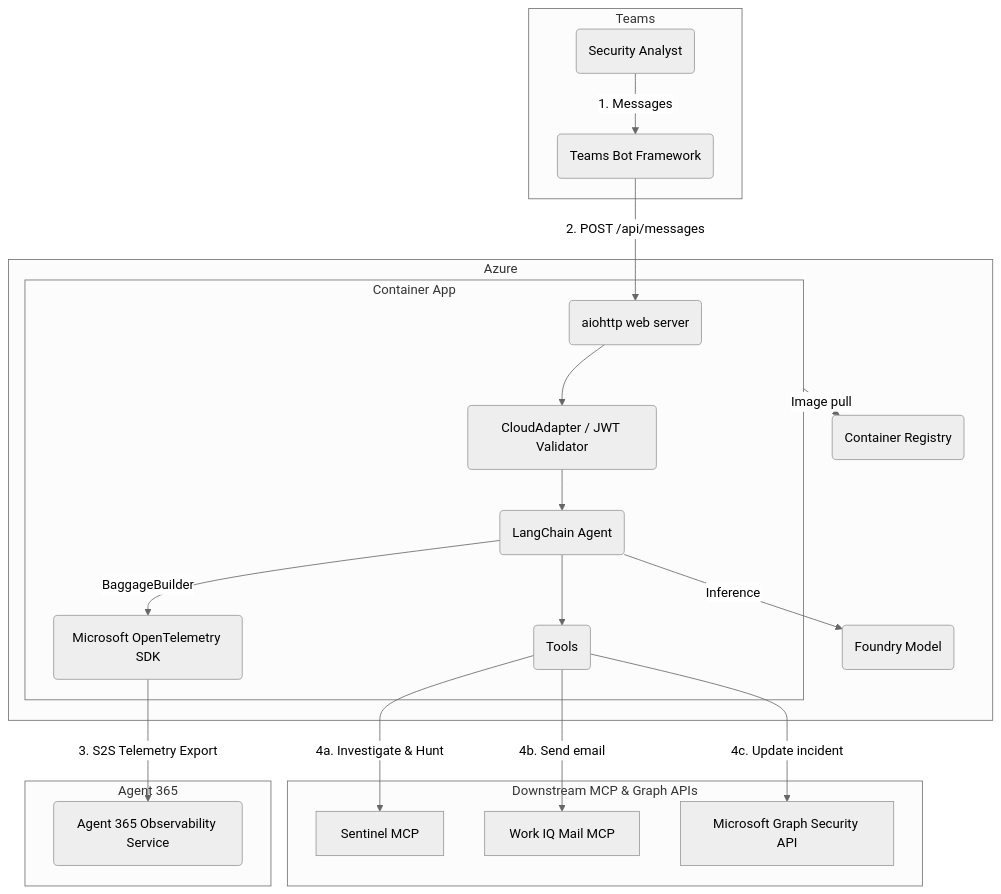
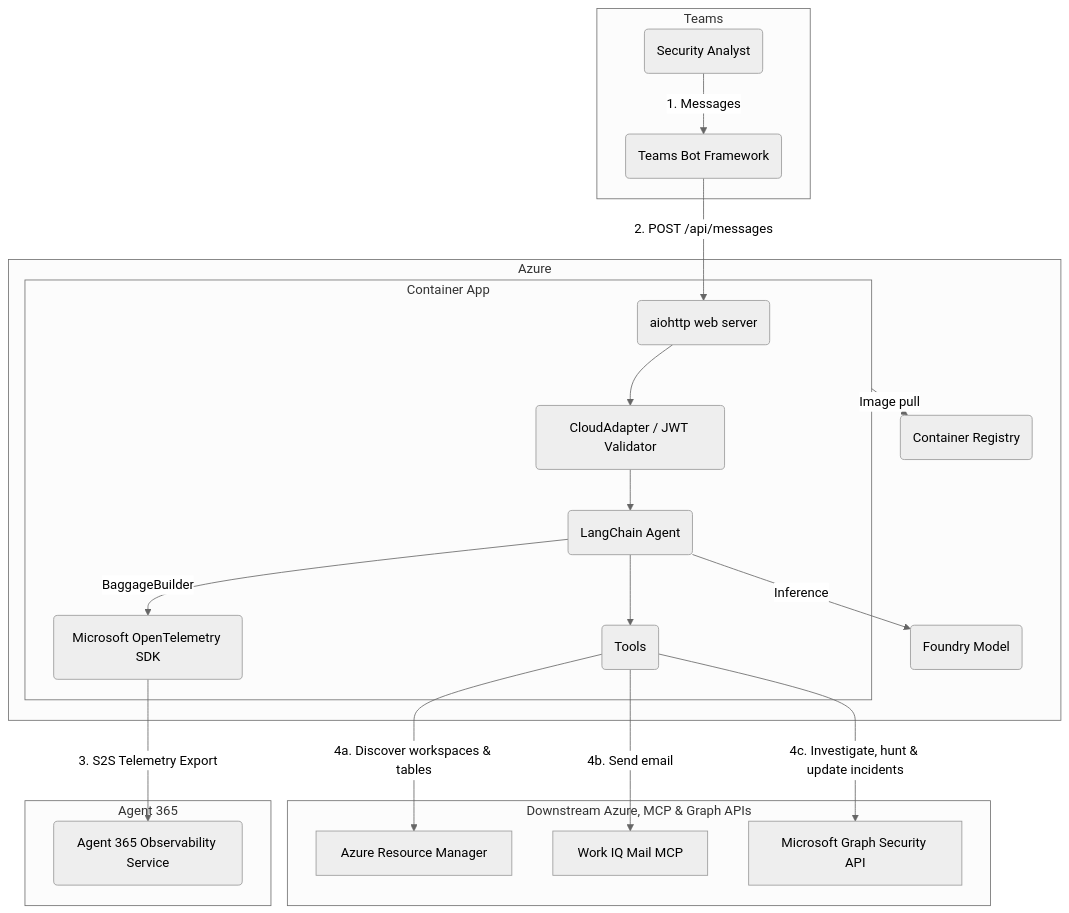
The first of 2 diagrams in README.md (joetanx/soc-buddy), drawn with Mermaid (neutral theme) before and after one commit. The commit also changed other lines of this file and 4 other files, not shown here.

Commit message:
Update relevant files on Sentinel MCP deprecation

````diff
--- a/README.md
+++ b/README.md
@@ -29,38 +31,38 @@
 ```mermaid
 graph TB
     subgraph Teams
         Analyst(Security Analyst)
         Bot(Teams Bot Framework)
         Analyst -->|1. Messages| Bot
     end
     subgraph Azure
         subgraph ACA [Container App]
             Listener(aiohttp web server)
             Adapter(CloudAdapter / JWT Validator)
             Agent(LangChain Agent)
             Tools(Tools)
             Otel(Microsoft OpenTelemetry SDK)
             Bot -->|2. POST /api/messages| Listener
             Listener --> Adapter
             Adapter --> Agent
             Agent --> Tools
             Agent -->|BaggageBuilder| Otel
         end
         ACR(Container Registry)
         ACA -->|Image pull| ACR
         Foundry(Foundry Model)
         Agent -->|Inference| Foundry
     end
-    subgraph "Downstream MCP & Graph APIs"
-        MCP_Sentinel[Sentinel MCP]
+    subgraph "Downstream Azure, MCP & Graph APIs"
+        ARM[Azure Resource Manager]
         MCP_Mail[Work IQ Mail MCP]
         Graph[Microsoft Graph Security API]
-        Tools -->|4a. Investigate & Hunt| MCP_Sentinel
+        Tools -->|4a. Discover workspaces & tables| ARM
         Tools -->|4b. Send email| MCP_Mail
-        Tools -->|4c. Update incident| Graph
+        Tools -->|4c. Investigate, hunt & update incidents| Graph
     end
     subgraph "Agent 365"
         a365obs(Agent 365 Observability Service)
         Otel -->|3. S2S Telemetry Export| a365obs
     end
 ```
````
